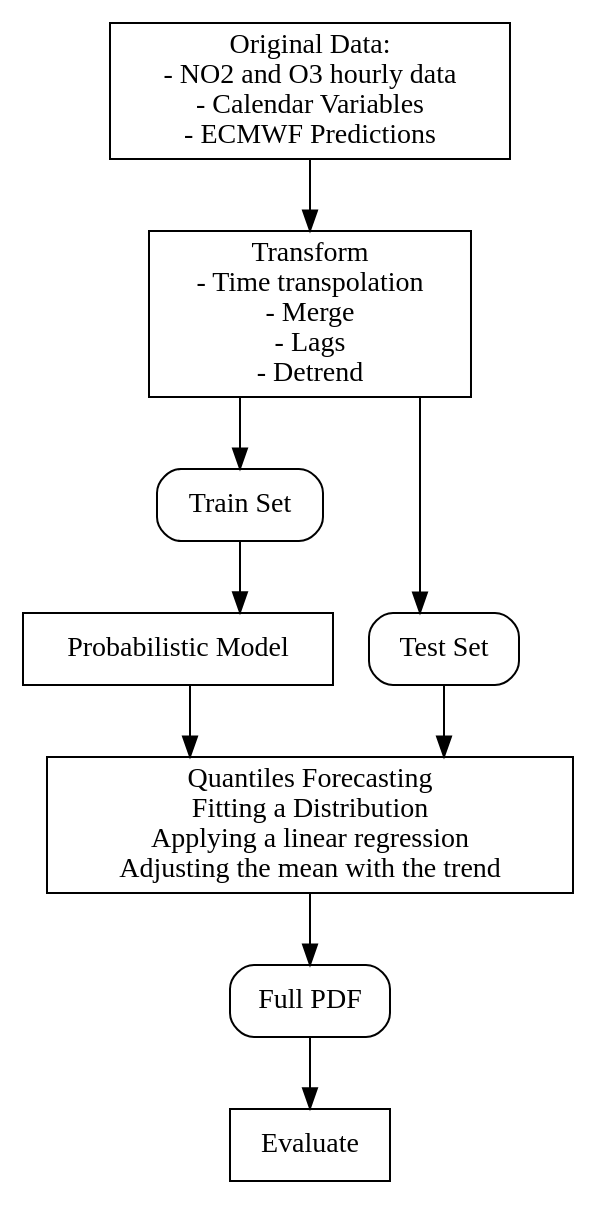
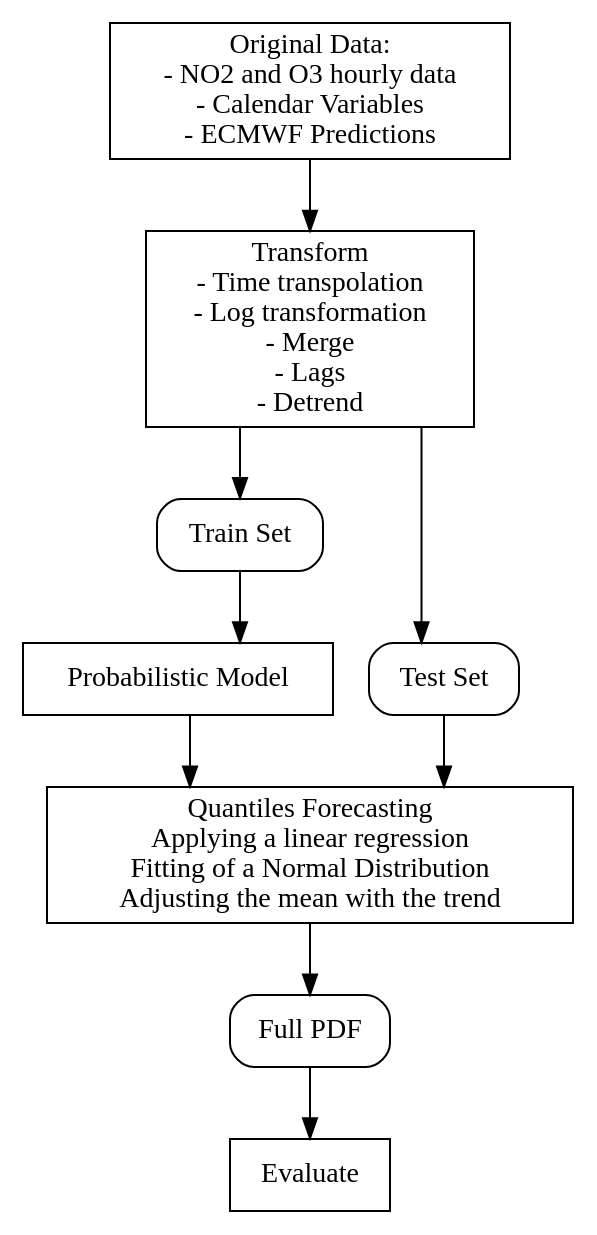
One commit to rezpe/proba_article changed the diagram in diagrams/data_flow.dot. Above: the diagram before and after it, drawn with Graphviz. The commit also changed 3 other files, not shown here.

```diff
--- a/diagrams/data_flow.dot
+++ b/diagrams/data_flow.dot
@@ -1,40 +1,41 @@
 digraph {
 
 rankdir="TB"
 graph [splines=ortho]
 
 data[shape="box"  label="Original Data:
 - NO2 and O3 hourly data
 - Calendar Variables
 - ECMWF Predictions"]
 
 a[shape="box"  label="Transform
 - Time transpolation
+- Log transformation
 - Merge
 - Lags
 - Detrend"]
 
 b[shape="round" style="rounded" label="Train Set"]
 c[shape="round" style="rounded" label="Test Set"]
 
 d[shape="round" label="Probabilistic Model"]
 
 quantforecast[shape="round" label="Quantiles Forecasting
-Fitting a Distribution
 Applying a linear regression
+Fitting of a Normal Distribution
 Adjusting the mean with the trend"]
 
 g[shape="round" style="rounded" label="Full PDF"]
 h[shape="round"  label="Evaluate"]
 
 data -> a;
 a -> b;
 a -> c;
 b -> d;
 d -> quantforecast;
 c -> quantforecast;
 quantforecast -> g;
 g -> h;
 
 
 }
```
